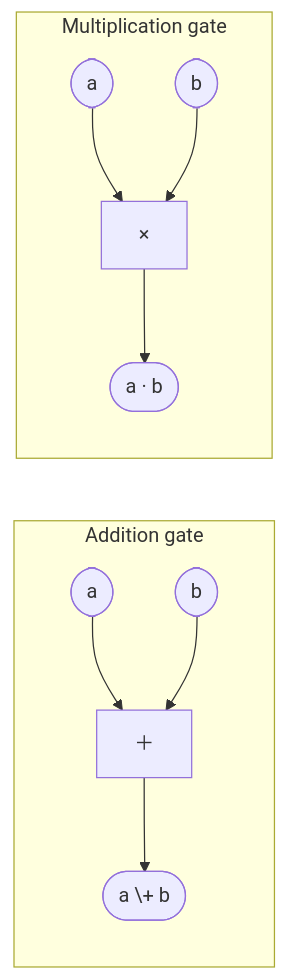
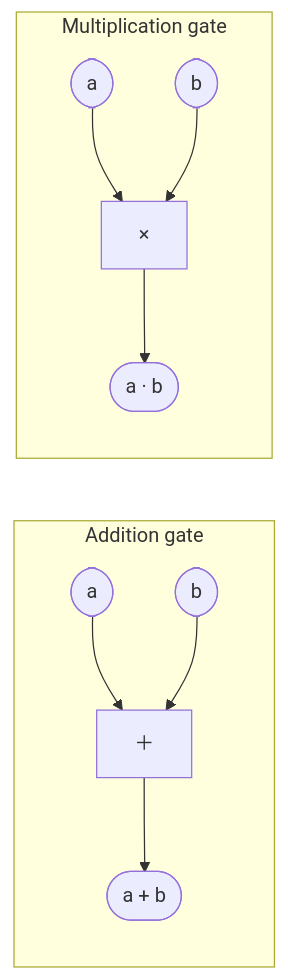
Before and after one commit to nhatminh65537/kitsu-quartz: the first of 6 diagrams in content/zkverify-series/arithmetic-circuits/03-arithmetic-circuits.md, drawn with Mermaid. The commit also changed other lines of this file and 127 other files, not shown here.

````diff
--- a/content/zkverify-series/arithmetic-circuits/03-arithmetic-circuits.md
+++ b/content/zkverify-series/arithmetic-circuits/03-arithmetic-circuits.md
@@ -57,11 +49,11 @@
 ```mermaid
 graph LR
     subgraph ADD["Addition gate"]
         a1([a]) & b1([b]) --> plus["＋"]
-        plus --> sum(["a \+ b"])
+        plus --> sum(["a + b"])
     end
     subgraph MUL["Multiplication gate"]
         a2([a]) & b2([b]) --> times["×"]
         times --> prod(["a · b"])
     end
 ```
````
